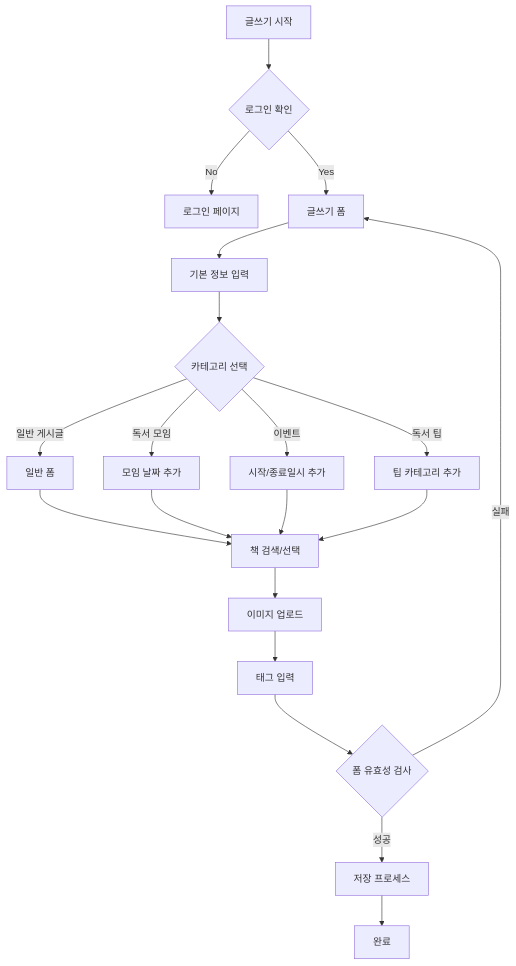
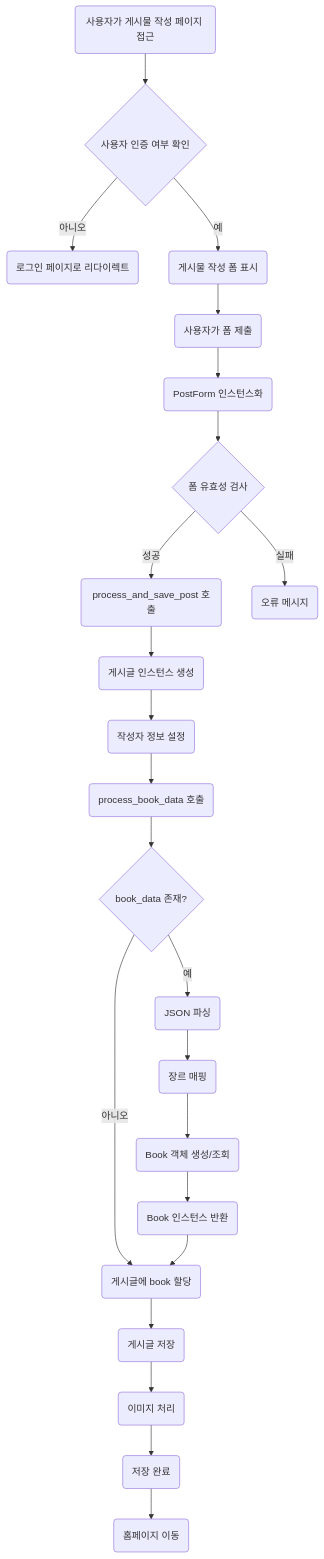
Before and after one commit to OptiGTO/reading_sound: the second of 2 diagrams in obsidian/글쓰기로직.md, drawn with Mermaid. The commit also changed other lines of this file and 17 other files, not shown here.

````diff
--- a/obsidian/글쓰기로직.md
+++ b/obsidian/글쓰기로직.md
@@ -96,22 +95,48 @@
 ```mermaid
-flowchart TB
-A[글쓰기 시작] --> B{로그인 확인}
-B -->|No| C[로그인 페이지]
-B -->|Yes| D[글쓰기 폼]
-D --> E[기본 정보 입력]
-E --> F{카테고리 선택}
-F -->|일반 게시글| G1[일반 폼]
-F -->|독서 모임| G2[모임 날짜 추가]
-F -->|이벤트| G3[시작/종료일시 추가]
-F -->|독서 팁| G4[팁 카테고리 추가]
-G1 --> H[책 검색/선택]
-G2 --> H
-G3 --> H
-G4 --> H
-H --> I[이미지 업로드]
-I --> J[태그 입력]
-J --> K{폼 유효성 검사}
-K -->|실패| D
-K -->|성공| L[저장 프로세스]
-L --> M[완료]
+flowchart TD
+    A("사용자가 게시물 작성 페이지 접근")
+    B{"사용자 인증 여부 확인"}
+    C("로그인 페이지로 리다이렉트")
+    D("게시물 작성 폼 표시")
+    E("사용자가 폼 제출")
+    F("PostForm 인스턴스화")
+    G{"폼 유효성 검사"}
+    H("process_and_save_post 호출")
+    I("게시글 인스턴스 생성")
+    J("작성자 정보 설정")
+    K("process_book_data 호출")
+    L{"book_data 존재?"}
+    M("JSON 파싱")
+    N("장르 매핑")
+    O("Book 객체 생성/조회")
+    P("Book 인스턴스 반환")
+    Q("게시글에 book 할당")
+    R("게시글 저장")
+    S("이미지 처리")
+    T("저장 완료")
+    U("홈페이지 이동")
+    V("오류 메시지")
+
+    A --> B
+    B -->|"아니오"| C
+    B -->|"예"| D
+    D --> E
+    E --> F
+    F --> G
+    G -->|"실패"| V
+    G -->|"성공"| H
+    H --> I
+    I --> J
+    J --> K
+    K --> L
+    L -->|"아니오"| Q
+    L -->|"예"| M
+    M --> N
+    N --> O
+    O --> P
+    P --> Q
+    Q --> R
+    R --> S
+    S --> T
+    T --> U
 ```
````
